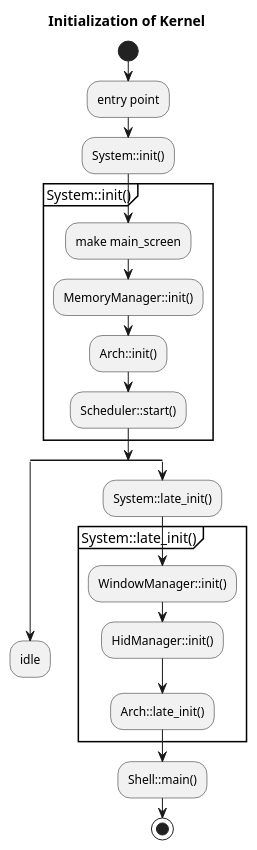
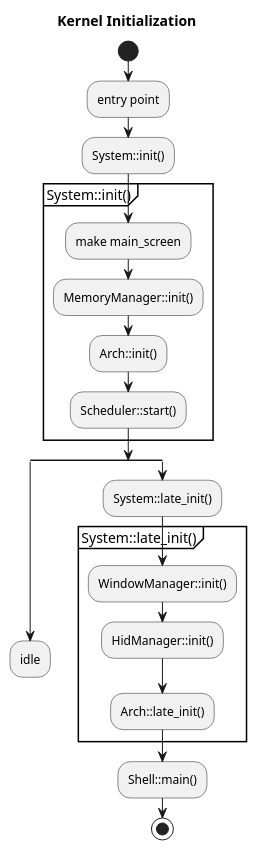
Before and after one commit to neri/poe: the second of 2 diagrams in ARCHITECTURE.md, drawn with PlantUML. The commit also changed other lines of this file and 5 other files, not shown here.

````diff
--- a/ARCHITECTURE.md
+++ b/ARCHITECTURE.md
@@ -45,28 +82,28 @@
 ``` plantuml
 @startuml
-title Initialization of Kernel
+title Kernel Initialization
 start
 :entry point;
 :System::init();
 partition System::init() {
     :make main_screen;
     :MemoryManager::init();
     :Arch::init();
     :Scheduler::start();
 }
 split 
     :idle;
     detach
 split again
     :System::late_init();
     partition System::late_init() {
         :WindowManager::init();
         :HidManager::init();
         :Arch::late_init();
     }
     :Shell::main();
     stop
 end split
 
 @enduml
 ```
````
